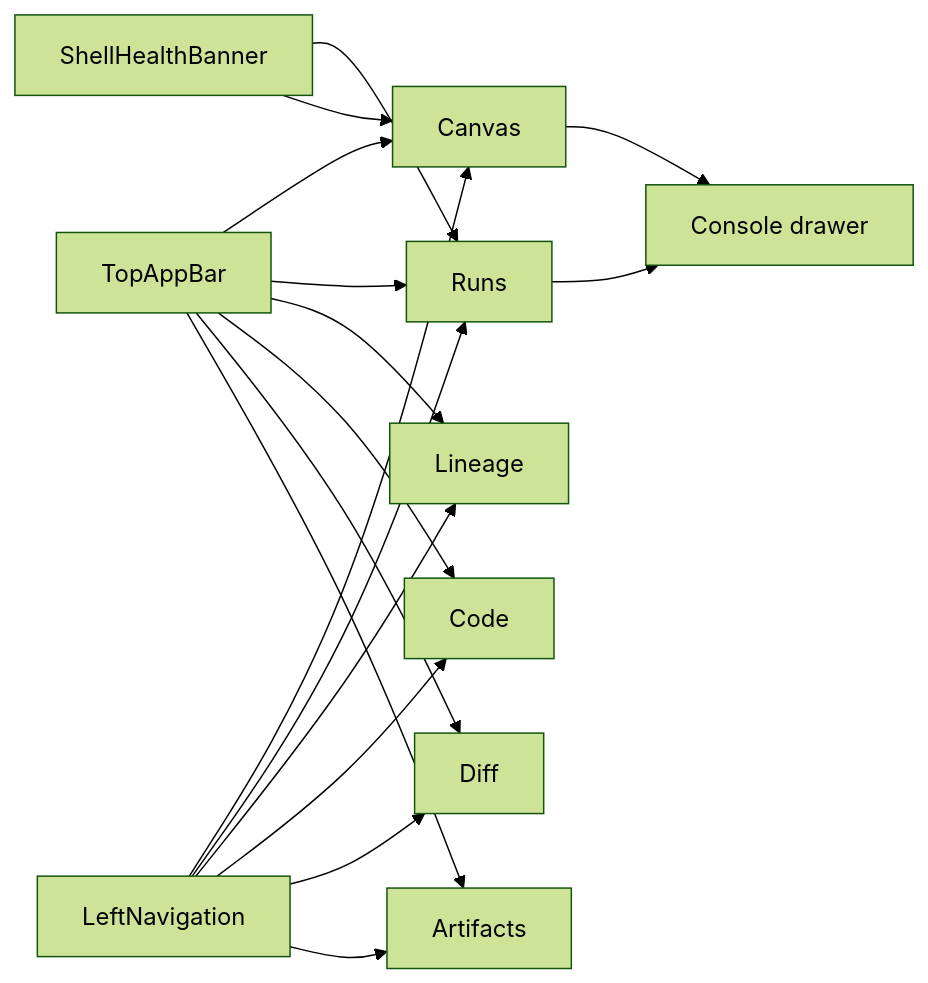
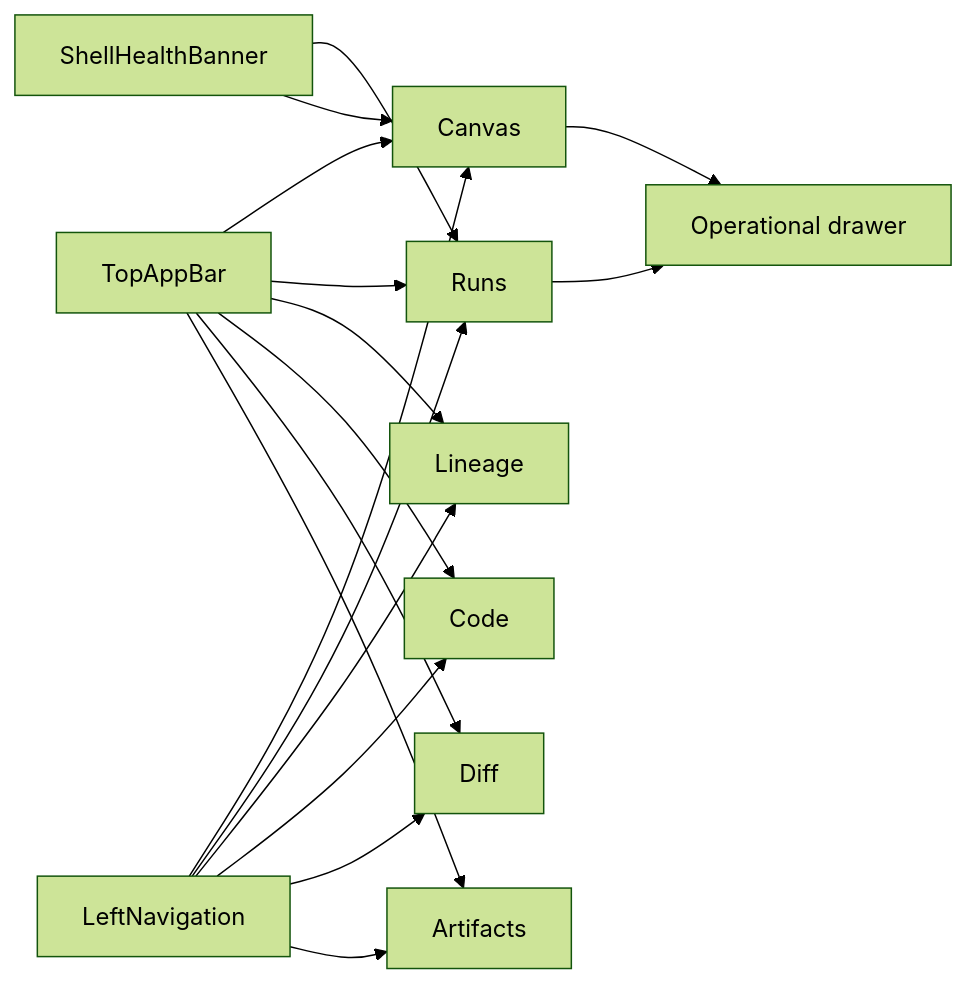
One commit to dunay2/dvt changed the first of 2 diagrams in docs/architecture/components/web/main-workspace-views-and-ux.md. Above: the diagram before and after it, drawn with Mermaid (forest theme). The commit also changed other lines of this file and 43 other files, not shown here.

Commit message:
refactor(web): Canonicalize bottom operational drawer

````diff
--- a/docs/architecture/components/web/main-workspace-views-and-ux.md
+++ b/docs/architecture/components/web/main-workspace-views-and-ux.md
@@ -32,22 +32,22 @@
 ```mermaid
 flowchart LR
   TopBar["TopAppBar"] --> Canvas
   TopBar --> Runs
   TopBar --> Lineage
   TopBar --> Code
   TopBar --> Diff
   TopBar --> Artifacts
 
   Health["ShellHealthBanner"] --> Runs
   Health --> Canvas
 
   Nav["LeftNavigation"] --> Canvas
   Nav --> Runs
   Nav --> Lineage
   Nav --> Code
   Nav --> Diff
   Nav --> Artifacts
 
-  Canvas --> Console["Console drawer"]
-  Runs --> Console
+  Canvas --> Operations["Operational drawer"]
+  Runs --> Operations
 ```
````
